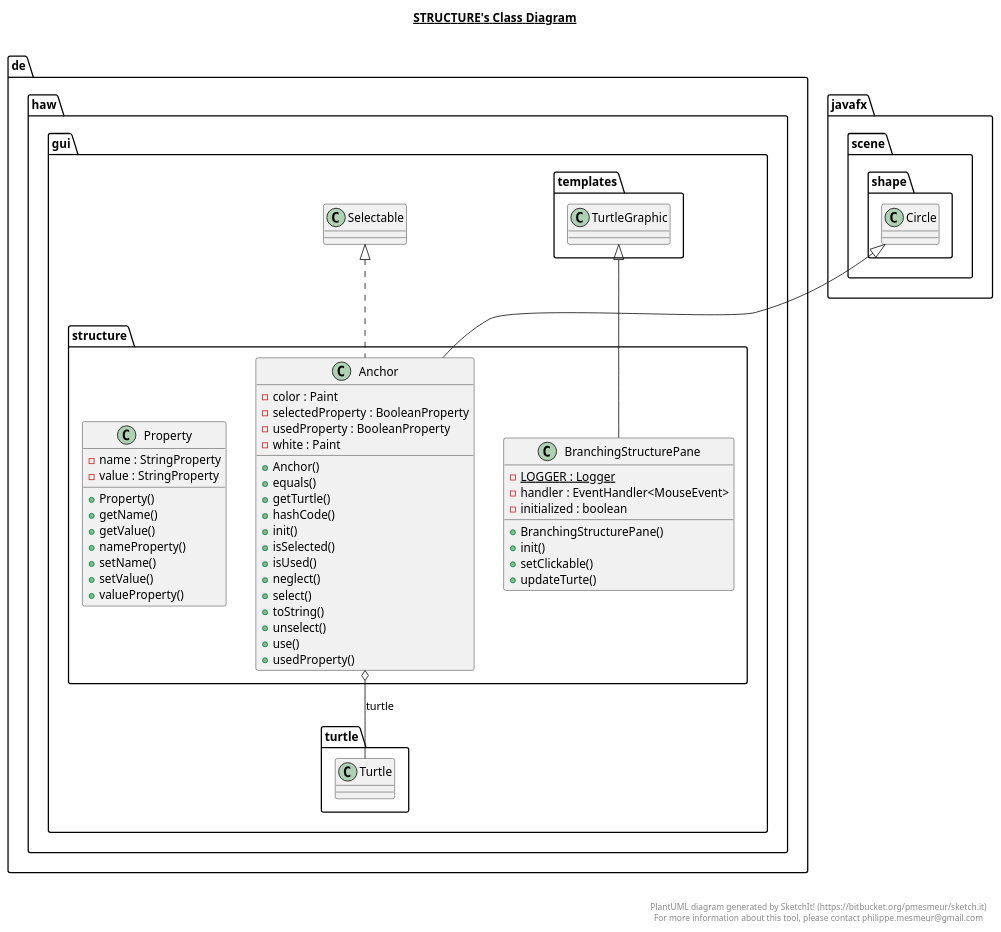
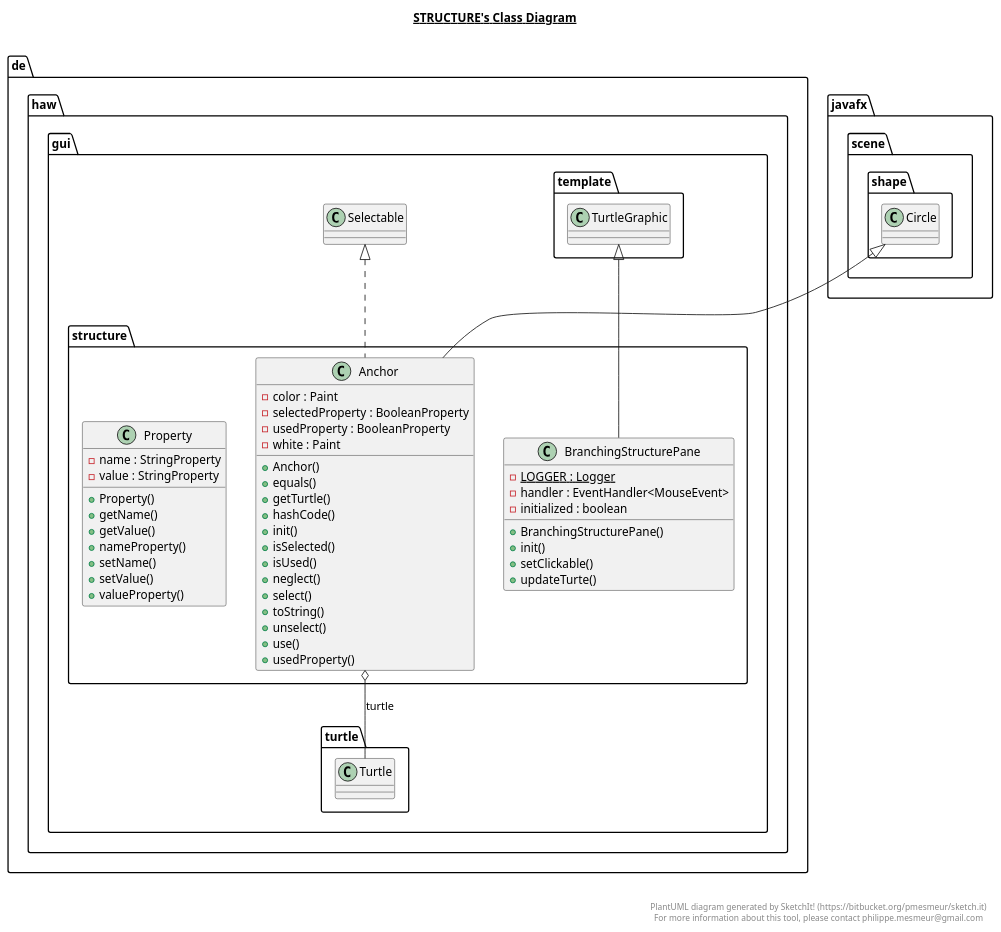
The diagram in Generator/src/main/java/de/haw/gui/structure/structure.plantuml (adrian-helberg/bachelor), drawn with PlantUML before and after one commit. The commit also changed 28 other files, not shown here.

```diff
--- a/Generator/src/main/java/de/haw/gui/structure/structure.plantuml
+++ b/Generator/src/main/java/de/haw/gui/structure/structure.plantuml
@@ -1,81 +1,81 @@
 @startuml
 
 title __STRUCTURE's Class Diagram__\n
 
   namespace de.haw {
     namespace gui {
       namespace structure {
         class de.haw.gui.structure.Anchor {
             - color : Paint
             - selectedProperty : BooleanProperty
             - usedProperty : BooleanProperty
             - white : Paint
             + Anchor()
             + equals()
             + getTurtle()
             + hashCode()
             + init()
             + isSelected()
             + isUsed()
             + neglect()
             + select()
             + toString()
             + unselect()
             + use()
             + usedProperty()
         }
       }
     }
   }
   
 
   namespace de.haw {
     namespace gui {
       namespace structure {
         class de.haw.gui.structure.BranchingStructurePane {
             {static} - LOGGER : Logger
             - handler : EventHandler<MouseEvent>
             - initialized : boolean
             + BranchingStructurePane()
             + init()
             + setClickable()
             + updateTurte()
         }
       }
     }
   }
   
 
   namespace de.haw {
     namespace gui {
       namespace structure {
         class de.haw.gui.structure.Property {
             - name : StringProperty
             - value : StringProperty
             + Property()
             + getName()
             + getValue()
             + nameProperty()
             + setName()
             + setValue()
             + valueProperty()
         }
       }
     }
   }
   
 
   de.haw.gui.structure.Anchor .up.|> de.haw.gui.Selectable
   de.haw.gui.structure.Anchor -up-|> javafx.scene.shape.Circle
   de.haw.gui.structure.Anchor o-- de.haw.gui.turtle.Turtle : turtle
-  de.haw.gui.structure.BranchingStructurePane -up-|> de.haw.gui.templates.TurtleGraphic
+  de.haw.gui.structure.BranchingStructurePane -up-|> de.haw.gui.template.TurtleGraphic
 
 
 right footer
 
 
 PlantUML diagram generated by SketchIt! (https://bitbucket.org/pmesmeur/sketch.it)
 For more information about this tool, please contact philippe.mesmeur@gmail.com
 endfooter
 
 @enduml
```
